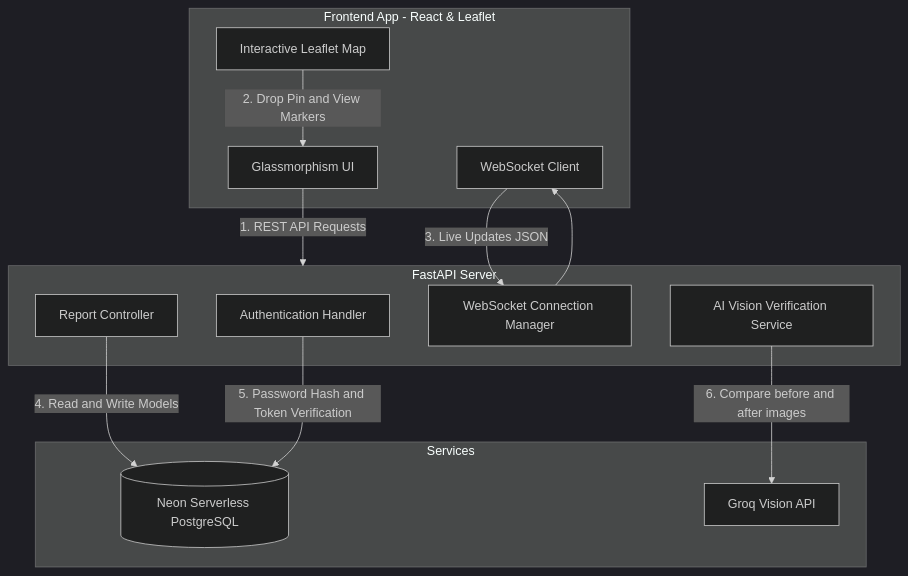
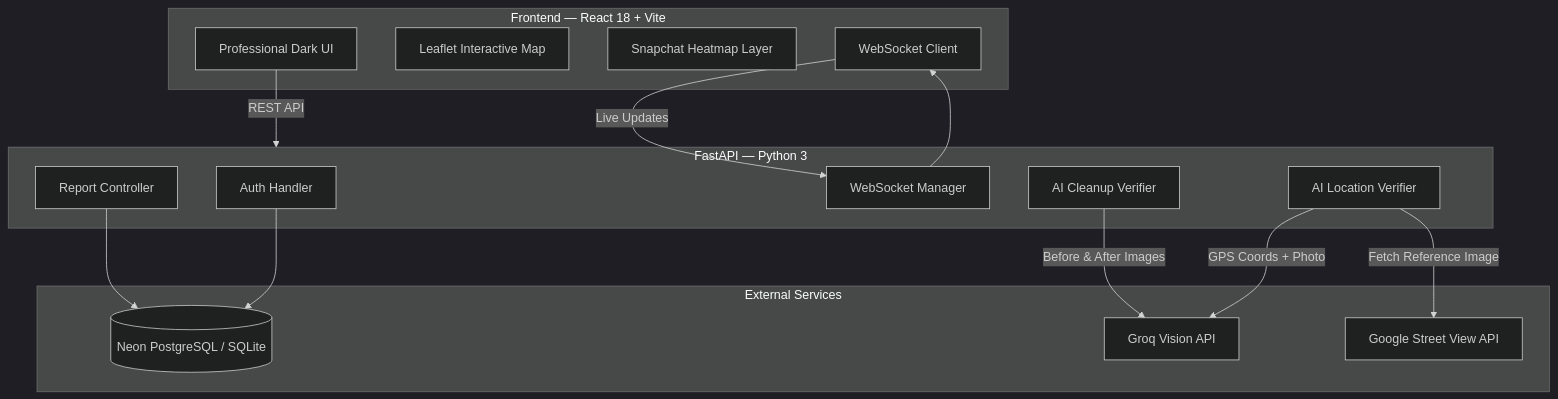
The diagram in README.md (rajdeep-pixel/EcoScan), drawn with Mermaid (dark theme) before and after one commit. The commit also changed other lines of this file, not shown here.

````diff
--- a/README.md
+++ b/README.md
@@ -16,28 +37,32 @@
 ```mermaid
 flowchart TB
-    subgraph Client [Frontend App - React & Leaflet]
-        UI[Glassmorphism UI]
-        Map[Interactive Leaflet Map]
+    subgraph Client ["Frontend — React 18 + Vite"]
+        UI[Professional Dark UI]
+        Map[Leaflet Interactive Map]
+        Heatmap[Snapchat Heatmap Layer]
         WSClient[WebSocket Client]
     end
 
-    subgraph Backend [FastAPI Server]
-        Auth[Authentication Handler]
+    subgraph Backend ["FastAPI — Python 3"]
+        Auth[Auth Handler]
         Report[Report Controller]
-        WSMgr[WebSocket Connection Manager]
-        AI[AI Vision Verification Service]
+        WSMgr[WebSocket Manager]
+        AI_Cleanup[AI Cleanup Verifier]
+        AI_Location[AI Location Verifier]
     end
 
-    subgraph External [Services]
-        Neon[(Neon Serverless PostgreSQL)]
+    subgraph External ["External Services"]
+        Neon[(Neon PostgreSQL / SQLite)]
         Groq[Groq Vision API]
+        StreetView[Google Street View API]
     end
 
-    UI -->|1. REST API Requests| Backend
-    Map -->|2. Drop Pin and View Markers| UI
-    WSClient -->|3. Live Updates JSON| WSMgr
+    UI -->|REST API| Backend
+    WSClient -->|Live Updates| WSMgr
     WSMgr --> WSClient
-    Report -->|4. Read and Write Models| Neon
-    Auth -->|5. Password Hash and Token Verification| Neon
-    AI -->|6. Compare before and after images| Groq
+    Report --> Neon
+    Auth --> Neon
+    AI_Cleanup -->|Before & After Images| Groq
+    AI_Location -->|GPS Coords + Photo| Groq
+    AI_Location -->|Fetch Reference Image| StreetView
 ```
````
